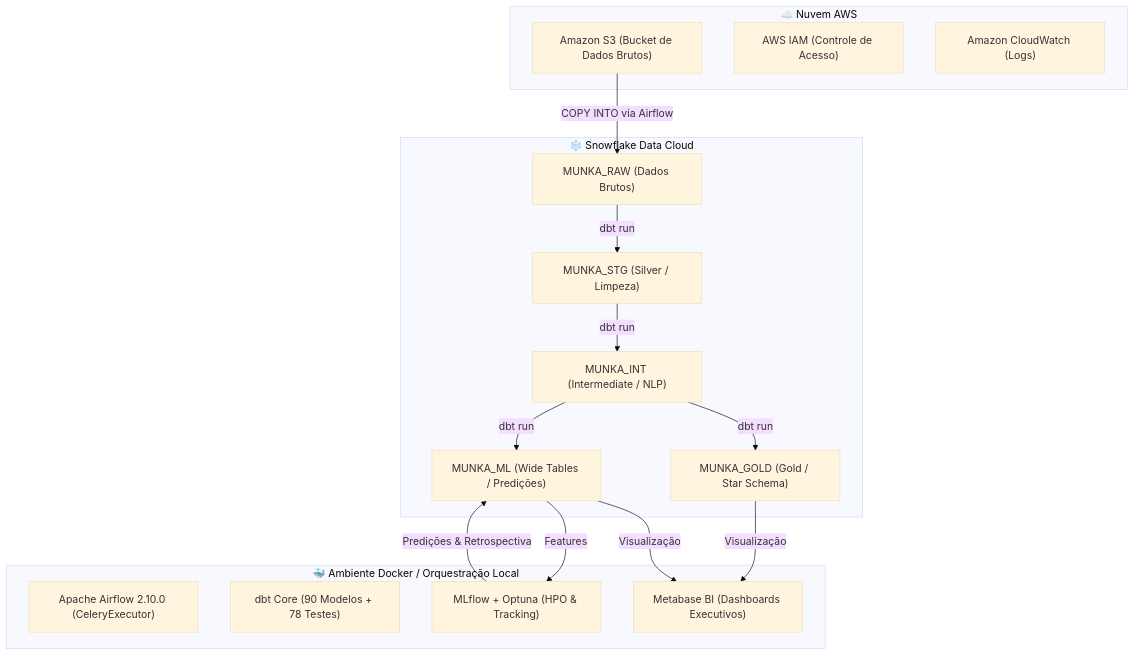
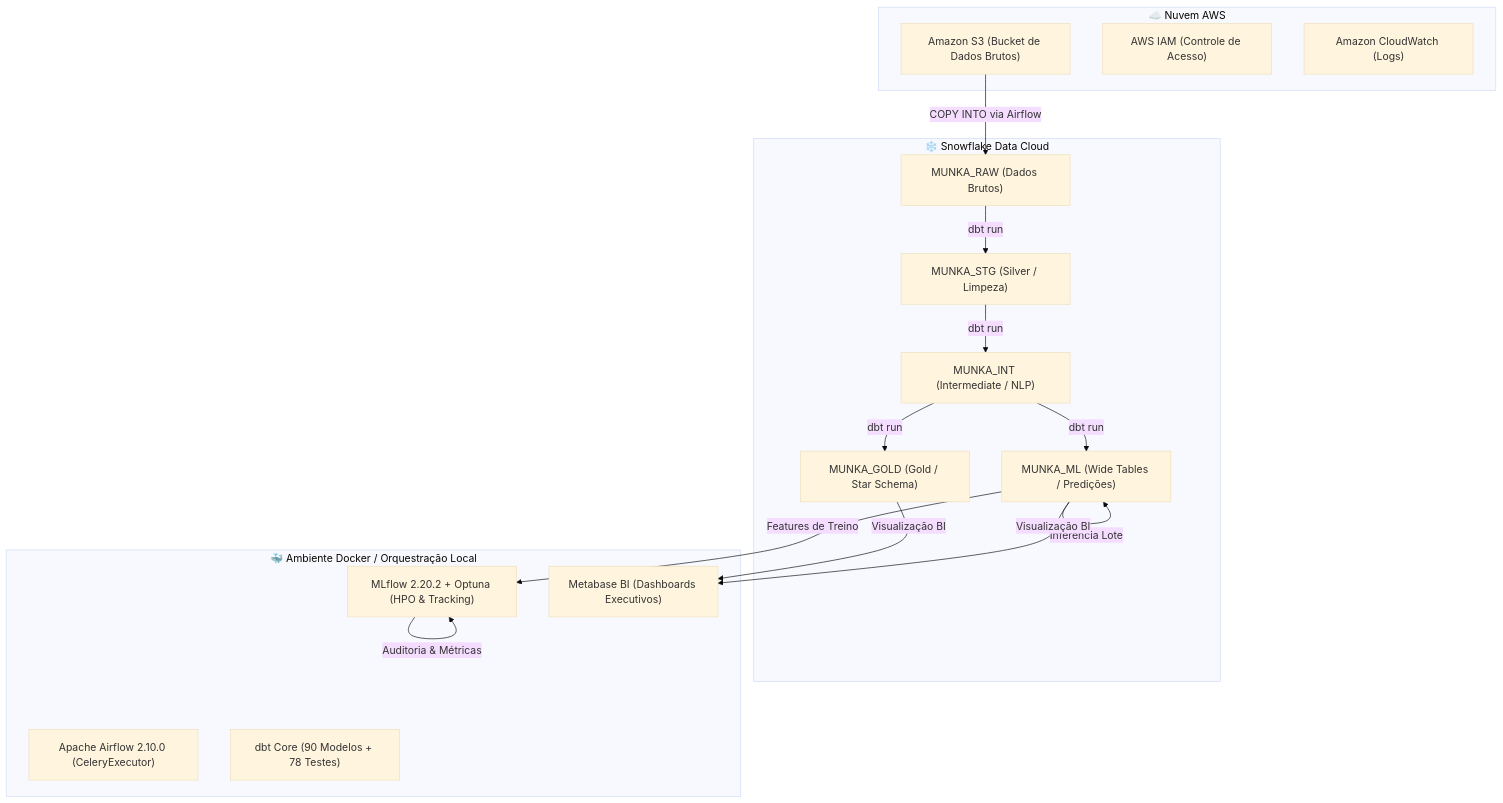
The first of 3 diagrams in ROTEIRO_IMPLANTACAO.md (ivaniojr/dbt-snowflake-airflow-main), drawn with Mermaid (base theme) before and after one commit. The commit also changed other lines of this file, not shown here.

````diff
--- a/ROTEIRO_IMPLANTACAO.md
+++ b/ROTEIRO_IMPLANTACAO.md
@@ -28,33 +28,34 @@
 ```mermaid
 flowchart TD
     subgraph AWS ["☁️ Nuvem AWS"]
         S3["Amazon S3 (Bucket de Dados Brutos)"]
         IAM["AWS IAM (Controle de Acesso)"]
         CW["Amazon CloudWatch (Logs)"]
     end
 
     subgraph Snowflake ["❄️ Snowflake Data Cloud"]
         RAW["MUNKA_RAW (Dados Brutos)"]
         STG["MUNKA_STG (Silver / Limpeza)"]
         INT["MUNKA_INT (Intermediate / NLP)"]
         GOLD["MUNKA_GOLD (Gold / Star Schema)"]
         ML["MUNKA_ML (Wide Tables / Predições)"]
     end
 
     subgraph DockerHost ["🐳 Ambiente Docker / Orquestração Local"]
         Airflow["Apache Airflow 2.10.0 (CeleryExecutor)"]
         DBT["dbt Core (90 Modelos + 78 Testes)"]
-        MLflow["MLflow + Optuna (HPO & Tracking)"]
+        MLflow["MLflow 2.20.2 + Optuna (HPO & Tracking)"]
         Metabase["Metabase BI (Dashboards Executivos)"]
     end
 
     S3 -->|COPY INTO via Airflow| RAW
     RAW -->|dbt run| STG
     STG -->|dbt run| INT
     INT -->|dbt run| GOLD
     INT -->|dbt run| ML
-    ML -->|Features| MLflow
-    MLflow -->|Predições & Retrospectiva| ML
-    GOLD -->|Visualização| Metabase
-    ML -->|Visualização| Metabase
+    ML -->|Features de Treino| MLflow
+    MLflow -->|Auditoria & Métricas| MLflow
+    ML -->|Inferência Lote| ML
+    GOLD -->|Visualização BI| Metabase
+    ML -->|Visualização BI| Metabase
 ```
````
